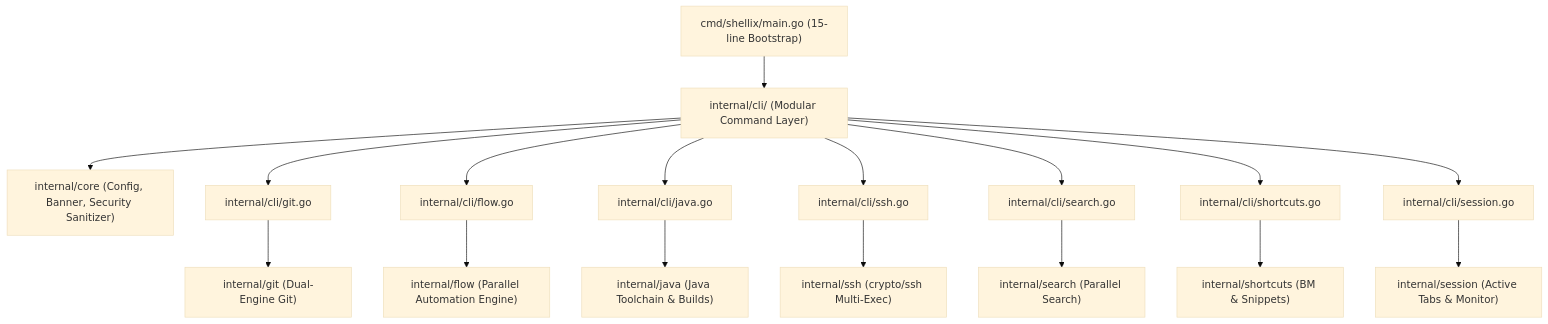
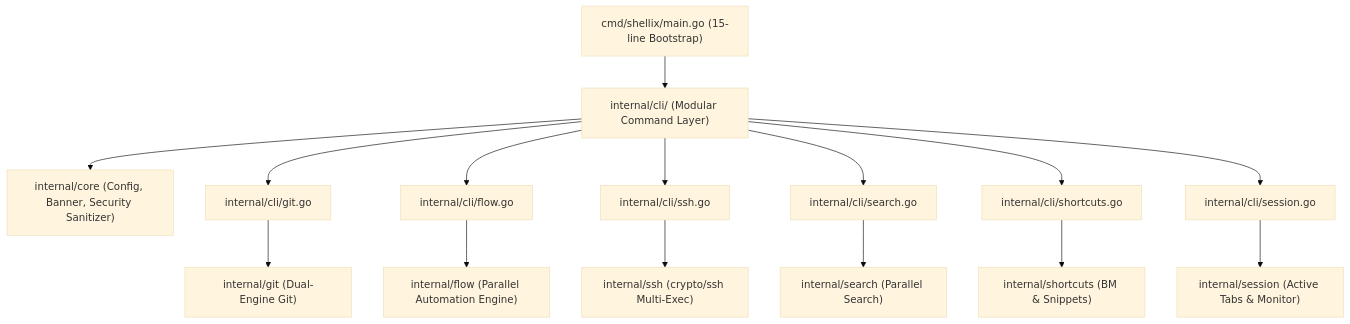
Before and after one commit to erdcpatel/Shellix: the diagram in docs/architecture.md, drawn with Mermaid (base theme). The commit also changed other lines of this file and 30 other files, not shown here.

````diff
--- a/docs/architecture.md
+++ b/docs/architecture.md
@@ -18,13 +18,12 @@
 ```mermaid
 graph TD
     Main["cmd/shellix/main.go (15-line Bootstrap)"] --> CLI["internal/cli/ (Modular Command Layer)"]
     CLI --> Core["internal/core (Config, Banner, Security Sanitizer)"]
     
     CLI --> GitCmd["internal/cli/git.go"] --> GitEngine["internal/git (Dual-Engine Git)"]
     CLI --> FlowCmd["internal/cli/flow.go"] --> FlowEngine["internal/flow (Parallel Automation Engine)"]
-    CLI --> JavaCmd["internal/cli/java.go"] --> JavaEngine["internal/java (Java Toolchain & Builds)"]
     CLI --> SSHCmd["internal/cli/ssh.go"] --> SSHEngine["internal/ssh (crypto/ssh Multi-Exec)"]
     CLI --> SearchCmd["internal/cli/search.go"] --> SearchEngine["internal/search (Parallel Search)"]
     CLI --> ShortcutsCmd["internal/cli/shortcuts.go"] --> ShortcutsEngine["internal/shortcuts (BM & Snippets)"]
     CLI --> SessionCmd["internal/cli/session.go"] --> SessionEngine["internal/session (Active Tabs & Monitor)"]
 ```
````
